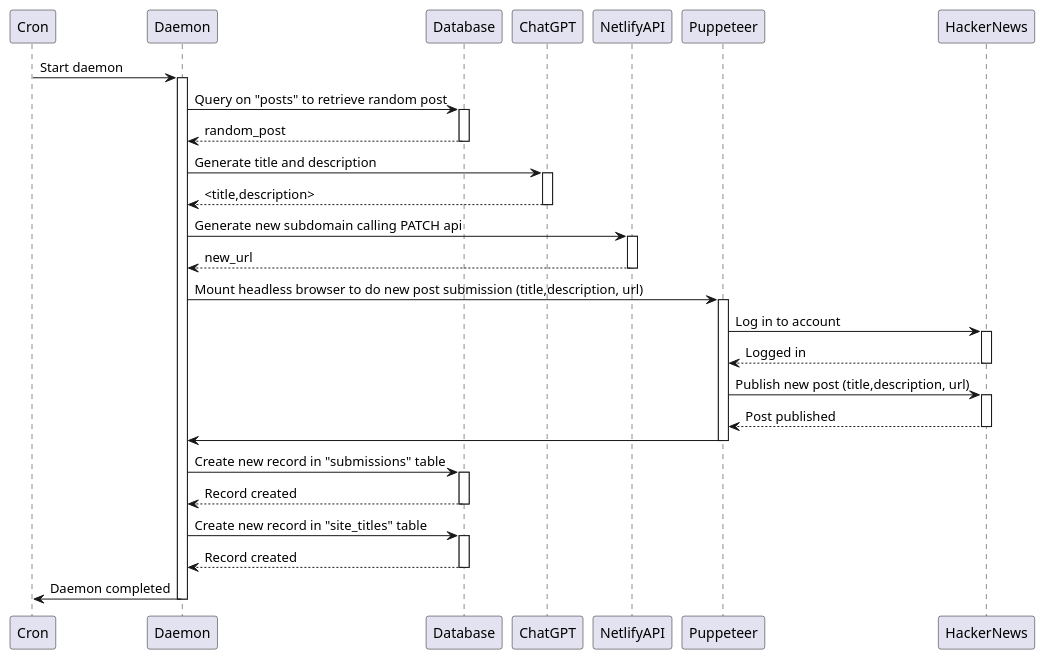
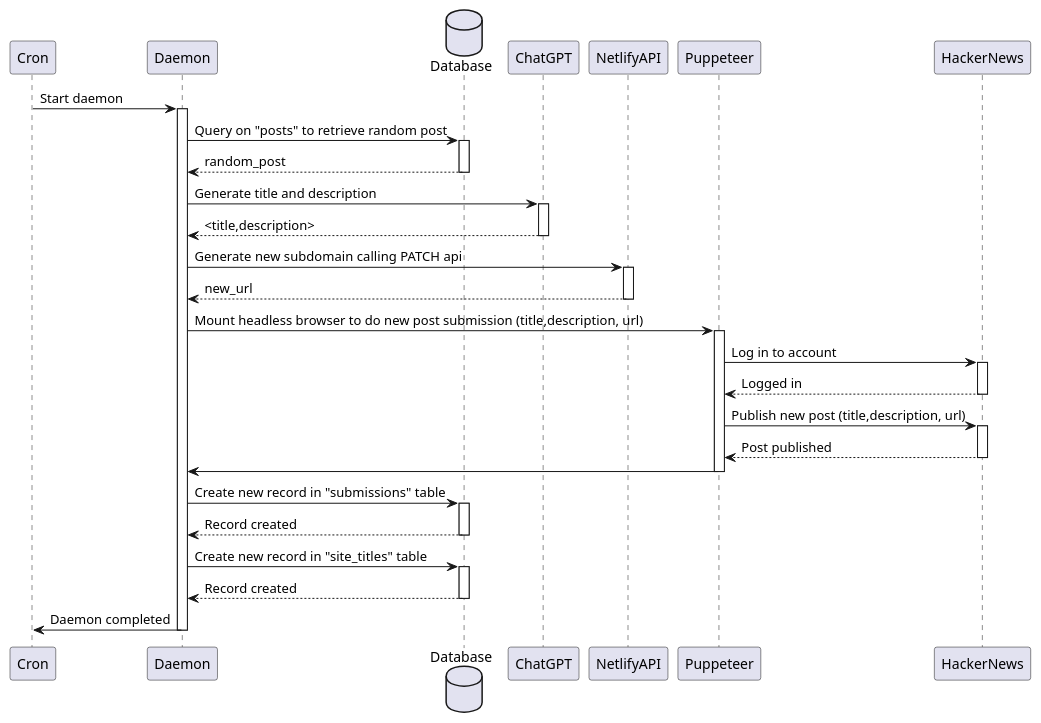
One commit to marcomoauro/hackernews-automation changed the diagram in src/diagrams/daemon.puml. Above: the diagram before and after it, drawn with PlantUML. The commit also changed 1 other file, not shown here.

```diff
--- a/src/diagrams/daemon.puml
+++ b/src/diagrams/daemon.puml
@@ -1,56 +1,56 @@
 @startuml
 
 participant Cron
 participant Daemon
-participant Database
+database Database
 participant ChatGPT
 participant NetlifyAPI
 participant Puppeteer
 participant HackerNews
 
 Cron -> Daemon: Start daemon
 activate Daemon
 
 Daemon -> Database: Query on "posts" to retrieve random post
 activate Database
 Database --> Daemon: random_post
 deactivate Database
 
 Daemon -> ChatGPT: Generate title and description
 activate ChatGPT
 ChatGPT --> Daemon: <title,description>
 deactivate ChatGPT
 
 Daemon -> NetlifyAPI: Generate new subdomain calling PATCH api
 activate NetlifyAPI
 NetlifyAPI --> Daemon: new_url
 deactivate NetlifyAPI
 
 Daemon -> Puppeteer: Mount headless browser to do new post submission (title,description, url)
 activate Puppeteer
 Puppeteer -> HackerNews: Log in to account
 activate HackerNews
 HackerNews --> Puppeteer: Logged in
 deactivate HackerNews
 Puppeteer -> HackerNews: Publish new post (title,description, url)
 activate HackerNews
 HackerNews --> Puppeteer: Post published
 deactivate HackerNews
 Puppeteer -> Daemon:
 deactivate Puppeteer
 
 Daemon -> Database: Create new record in "submissions" table
 activate Database
 Database --> Daemon: Record created
 deactivate Database
 
 Daemon -> Database: Create new record in "site_titles" table
 activate Database
 Database --> Daemon: Record created
 deactivate Database
 
 Daemon -> Cron: Daemon completed
 
 deactivate Daemon
 
 @enduml
```
